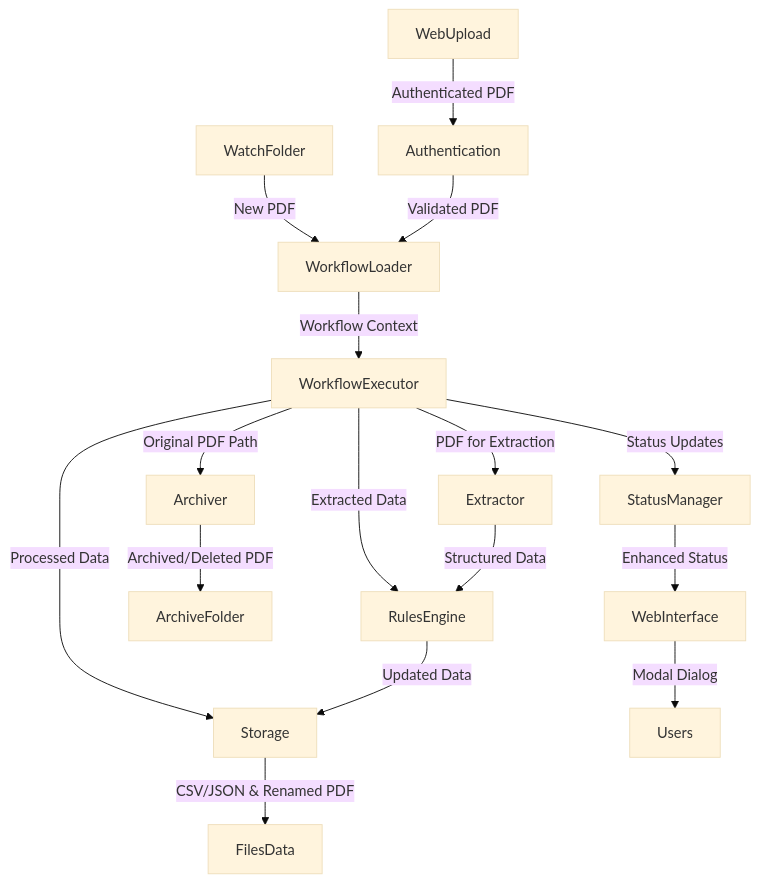
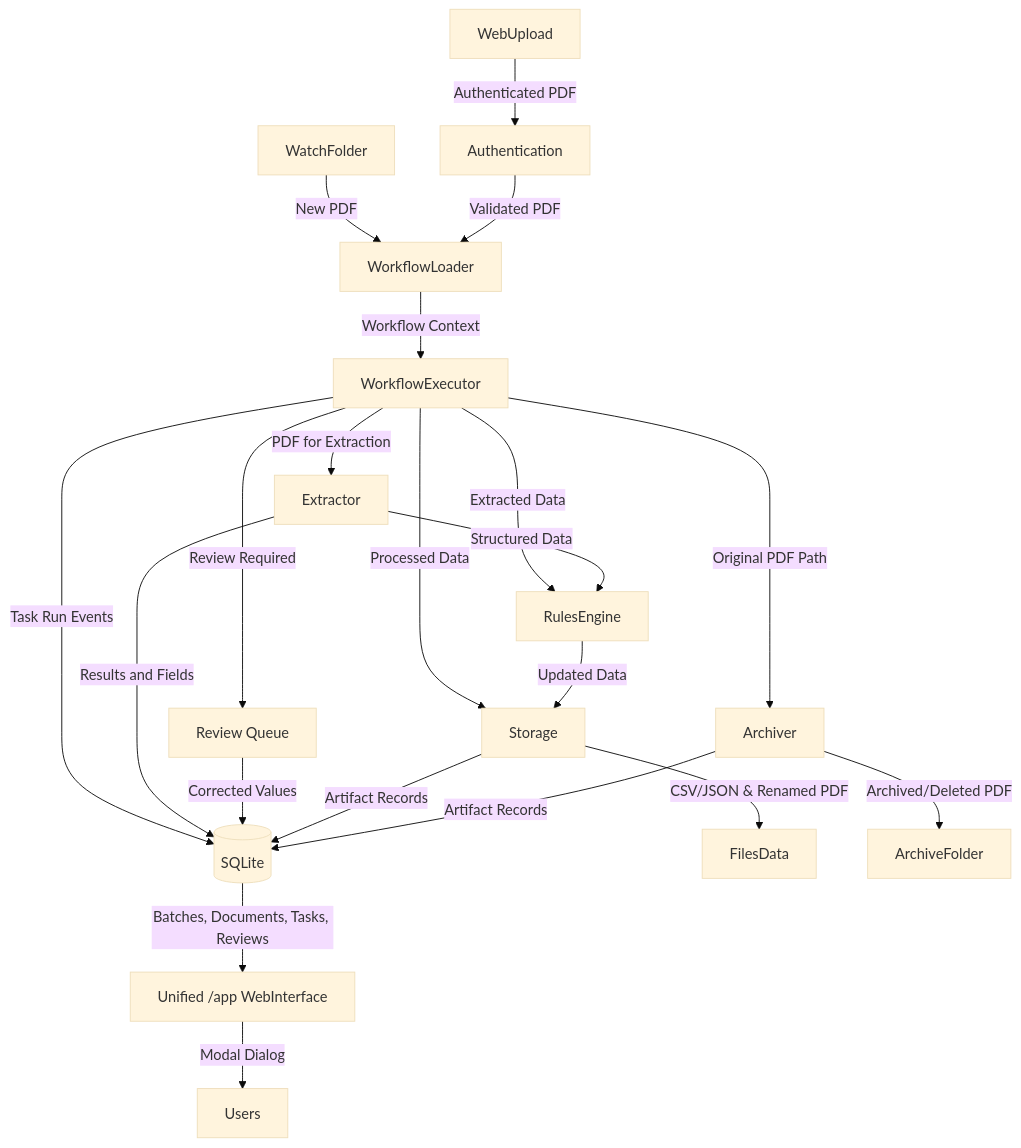
Before and after one commit to bpsong/pdfdoc_extraction: the diagram in docs/design_architecture.md, drawn with Mermaid (base theme). The commit also changed other lines of this file and 43 other files, not shown here.

````diff
--- a/docs/design_architecture.md
+++ b/docs/design_architecture.md
@@ -57,18 +63,23 @@
 ```mermaid
 graph TD
     WF[WatchFolder] -->|New PDF| WL[WorkflowLoader]
     WebUpload[WebUpload] -->|Authenticated PDF| Auth[Authentication]
     Auth -->|Validated PDF| WL
     WL -->|Workflow Context| WFProc[WorkflowExecutor]
     WFProc -->|PDF for Extraction| Extract[Extractor]
     WFProc -->|Extracted Data| Rules[RulesEngine]
     WFProc -->|Processed Data| Storage[Storage]
     WFProc -->|Original PDF Path| Archiver[Archiver]
+    WFProc -->|Task Run Events| DB[(SQLite)]
     Extract -->|Structured Data| Rules
+    Extract -->|Results and Fields| DB
+    WFProc -->|Review Required| Review[Review Queue]
+    Review -->|Corrected Values| DB
     Rules -->|Updated Data| Storage
     Storage -->|CSV/JSON & Renamed PDF| Output[FilesData]
+    Storage -->|Artifact Records| DB
     Archiver -->|Archived/Deleted PDF| ArchiveStore[ArchiveFolder]
-    WFProc -->|Status Updates| Status[StatusManager]
-    Status -->|Enhanced Status| WebUI[WebInterface]
+    Archiver -->|Artifact Records| DB
+    DB -->|Batches, Documents, Tasks, Reviews| WebUI[Unified /app WebInterface]
     WebUI -->|Modal Dialog| Users[Users]
 ```
````
